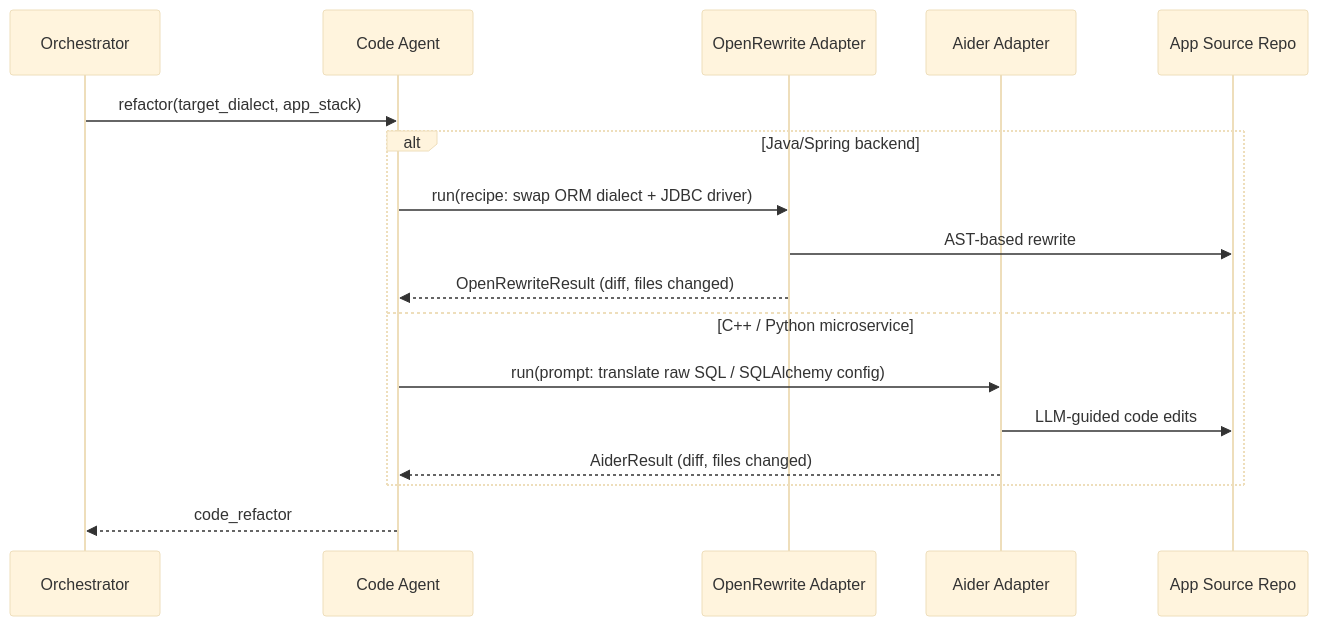
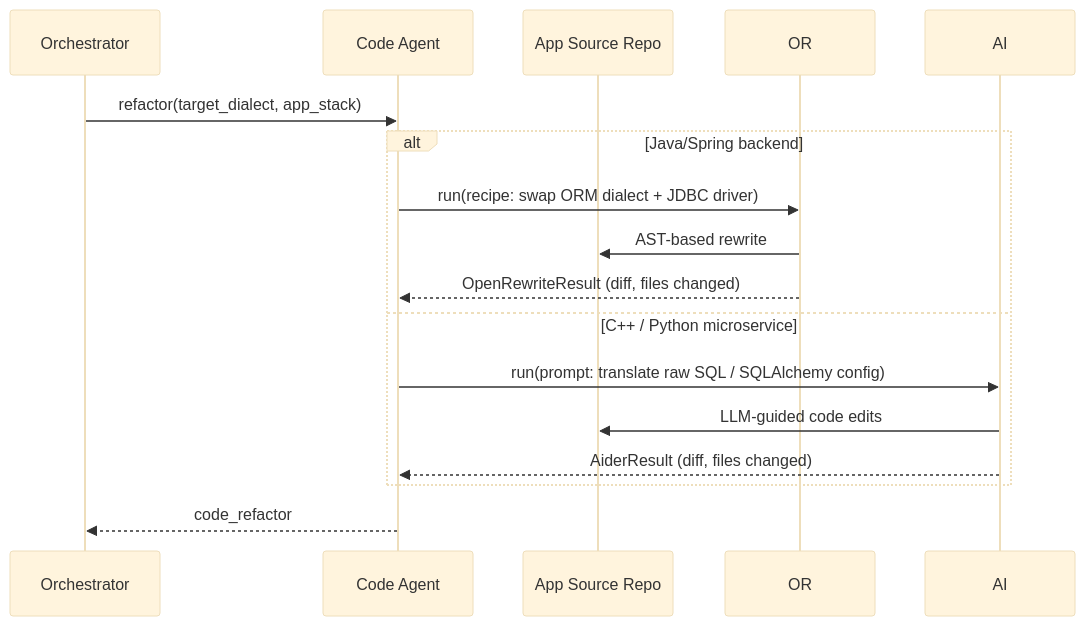
One commit to dev-patel-ness/Agentic-AI-Database-Migration changed the tenth of 17 diagrams in docs/architecture.md. Above: the diagram before and after it, drawn with Mermaid (base theme). The commit also changed other lines of this file and 10 other files, not shown here.

````diff
--- a/docs/architecture.md
+++ b/docs/architecture.md
@@ -468,20 +464,19 @@
 ```mermaid
 sequenceDiagram
     participant O as Orchestrator
     participant CA as Code Agent
-    participant OR as OpenRewrite Adapter
-    participant AI as Aider Adapter
+
     participant Repo as App Source Repo
 
     O->>CA: refactor(target_dialect, app_stack)
     alt Java/Spring backend
         CA->>OR: run(recipe: swap ORM dialect + JDBC driver)
         OR->>Repo: AST-based rewrite
         OR-->>CA: OpenRewriteResult (diff, files changed)
     else C++ / Python microservice
         CA->>AI: run(prompt: translate raw SQL / SQLAlchemy config)
         AI->>Repo: LLM-guided code edits
         AI-->>CA: AiderResult (diff, files changed)
     end
     CA-->>O: code_refactor
 ```
````
